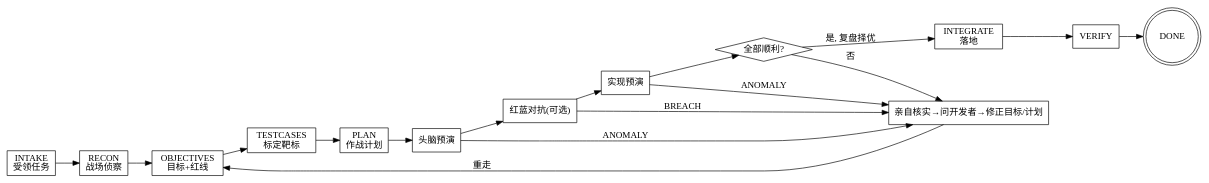
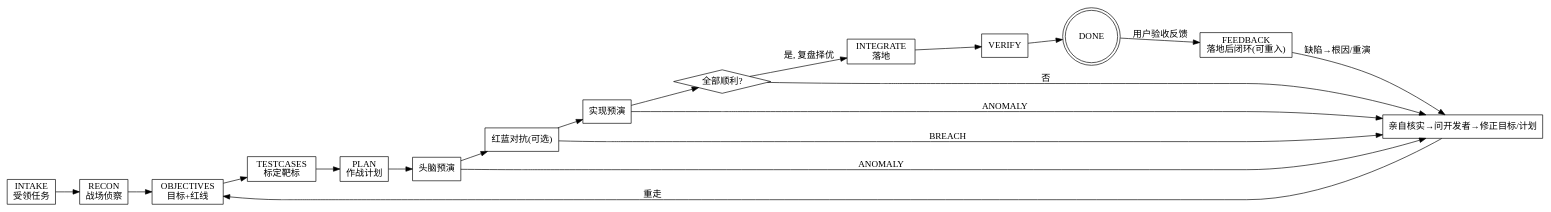
Before and after one commit to andoop/sandtable: the diagram in plugins/sandtable/skills/using-sandtable/SKILL.md, drawn with Graphviz. The commit also changed other lines of this file and 169 other files, not shown here.

````diff
--- a/plugins/sandtable/skills/using-sandtable/SKILL.md
+++ b/plugins/sandtable/skills/using-sandtable/SKILL.md
@@ -28,27 +28,30 @@
 ```dot
 digraph sandtable {
   rankdir=LR;
   INTAKE [shape=box label="INTAKE\n受领任务"];
   RECON [shape=box label="RECON\n战场侦察"];
   OBJ [shape=box label="OBJECTIVES\n目标+红线"];
   TESTS [shape=box label="TESTCASES\n标定靶标"];
   PLAN [shape=box label="PLAN\n作战计划"];
   MENTAL [shape=box label="头脑预演"];
   RED [shape=box label="红蓝对抗(可选)"];
   IMPL [shape=box label="实现预演"];
   EVAL [shape=diamond label="全部顺利?"];
   INTEGRATE [shape=box label="INTEGRATE\n落地"];
   VERIFY [shape=box];
   DONE [shape=doublecircle];
+  FEEDBACK [shape=box label="FEEDBACK\n落地后闭环(可重入)"];
   FIX [shape=box label="亲自核实→问开发者→修正目标/计划"];
 
   INTAKE -> RECON -> OBJ -> TESTS -> PLAN -> MENTAL -> RED -> IMPL -> EVAL;
   MENTAL -> FIX [label="ANOMALY"];
   RED -> FIX [label="BREACH"];
   IMPL -> FIX [label="ANOMALY"];
   EVAL -> FIX [label="否"];
   EVAL -> INTEGRATE [label="是, 复盘择优"];
   FIX -> OBJ [label="重走"];
   INTEGRATE -> VERIFY -> DONE;
+  DONE -> FEEDBACK [label="用户验收反馈"];
+  FEEDBACK -> FIX [label="缺陷→根因/重演"];
 }
 ```
````
